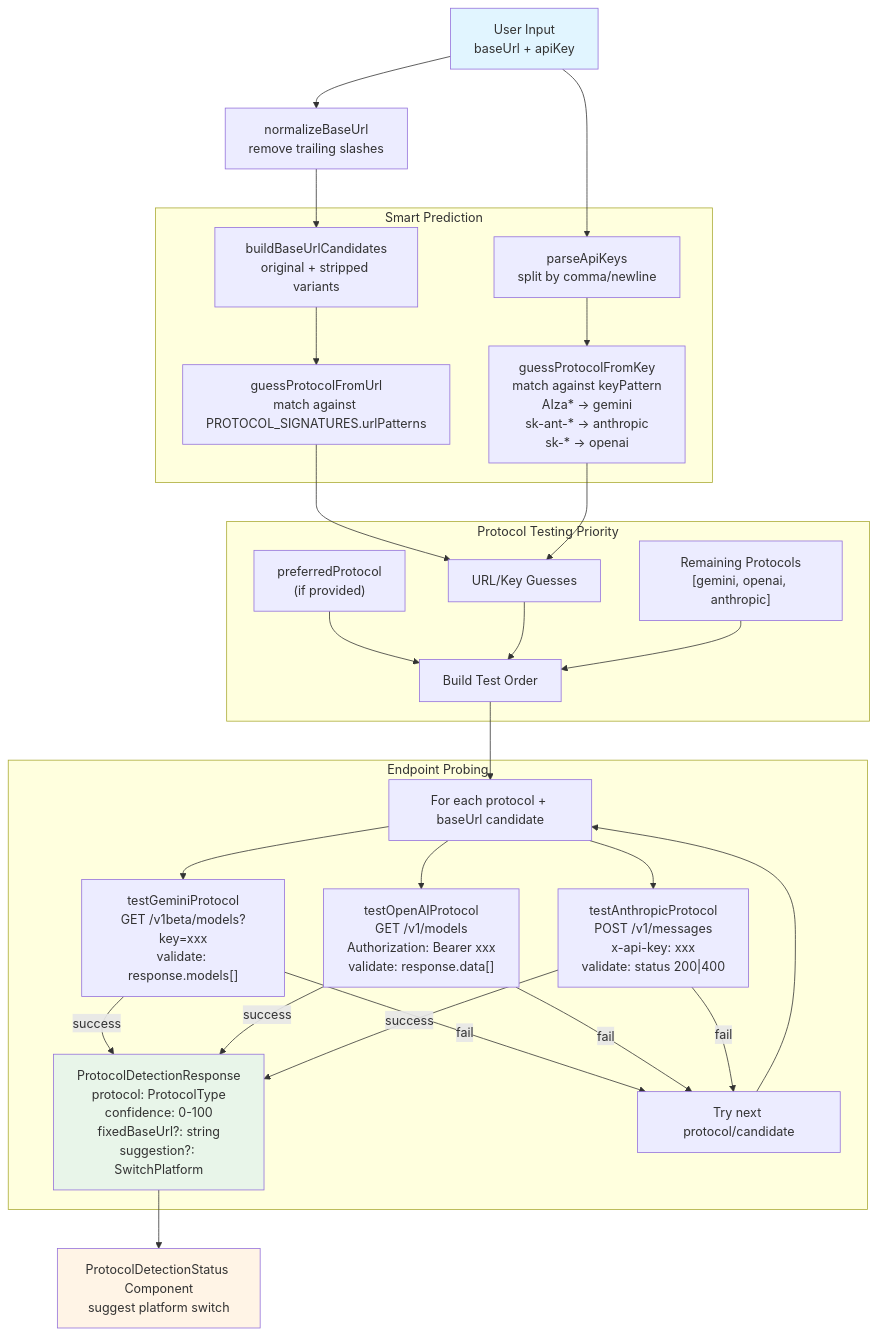
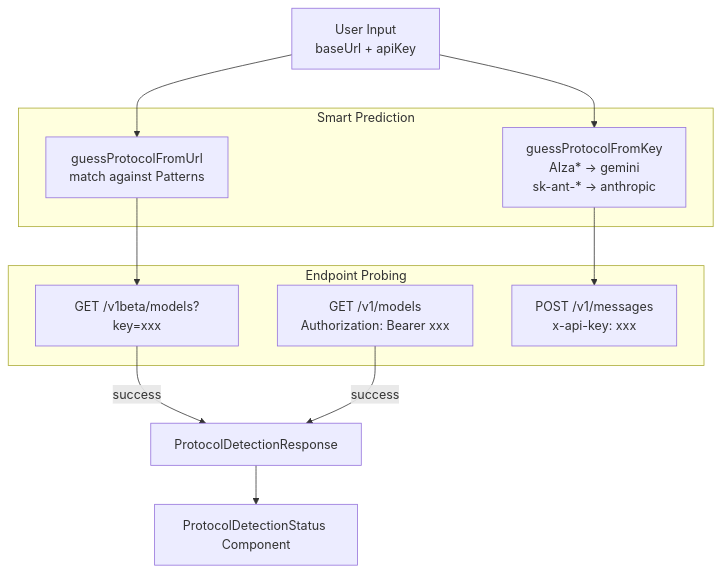
The second of 2 diagrams in docs/iOfficeAI_AionUi/ai-agent-systems/model-configuration-and-api-management.md (blackcater/zentree), drawn with Mermaid before and after one commit. The commit also changed other lines of this file and 232 other files, not shown here.

````diff
--- a/docs/iOfficeAI_AionUi/ai-agent-systems/model-configuration-and-api-management.md
+++ b/docs/iOfficeAI_AionUi/ai-agent-systems/model-configuration-and-api-management.md
@@ -240,59 +172,26 @@
 ```mermaid
 graph TB
     INPUT["User Input<br/>baseUrl + apiKey"]
-
-    NORMALIZE["normalizeBaseUrl<br/>remove trailing slashes"]
-    BUILD_CANDIDATES["buildBaseUrlCandidates<br/>original + stripped variants"]
-    PARSE_KEYS["parseApiKeys<br/>split by comma/newline"]
-
-    INPUT --> NORMALIZE
-    NORMALIZE --> BUILD_CANDIDATES
-    INPUT --> PARSE_KEYS
-
+    
     subgraph "Smart Prediction"
-        URL_GUESS["guessProtocolFromUrl<br/>match against PROTOCOL_SIGNATURES.urlPatterns"]
-        KEY_GUESS["guessProtocolFromKey<br/>match against keyPattern<br/>AIza* → gemini<br/>sk-ant-* → anthropic<br/>sk-* → openai"]
-
-        BUILD_CANDIDATES --> URL_GUESS
-        PARSE_KEYS --> KEY_GUESS
+        URL_GUESS["guessProtocolFromUrl<br/>match against Patterns"]
+        KEY_GUESS["guessProtocolFromKey<br/>AIza* → gemini<br/>sk-ant-* → anthropic"]
     end
-
-    subgraph "Protocol Testing Priority"
-        PREFERRED["preferredProtocol<br/>(if provided)"]
-        GUESSED["URL/Key Guesses"]
-        REMAINING["Remaining Protocols<br/>[gemini, openai, anthropic]"]
-
-        URL_GUESS --> GUESSED
-        KEY_GUESS --> GUESSED
-
-        PREFERRED --> TEST_ORDER["Build Test Order"]
-        GUESSED --> TEST_ORDER
-        REMAINING --> TEST_ORDER
+    
+    subgraph "Endpoint Probing"
+        GEMINI_TEST["GET /v1beta/models?key=xxx"]
+        OPENAI_TEST["GET /v1/models<br/>Authorization: Bearer xxx"]
+        ANTHROPIC_TEST["POST /v1/messages<br/>x-api-key: xxx"]
     end
-
-    subgraph "Endpoint Probing"
-        TEST_ORDER --> PROBE_LOOP["For each protocol + baseUrl candidate"]
-
-        PROBE_LOOP --> GEMINI_TEST["testGeminiProtocol<br/>GET /v1beta/models?key=xxx<br/>validate: response.models[]"]
-        PROBE_LOOP --> OPENAI_TEST["testOpenAIProtocol<br/>GET /v1/models<br/>Authorization: Bearer xxx<br/>validate: response.data[]"]
-        PROBE_LOOP --> ANTHROPIC_TEST["testAnthropicProtocol<br/>POST /v1/messages<br/>x-api-key: xxx<br/>validate: status 200|400"]
-
-        GEMINI_TEST -->|success| RESULT
-        OPENAI_TEST -->|success| RESULT
-        ANTHROPIC_TEST -->|success| RESULT
-
-        GEMINI_TEST -->|fail| NEXT["Try next protocol/candidate"]
-        OPENAI_TEST -->|fail| NEXT
-        ANTHROPIC_TEST -->|fail| NEXT
-
-        NEXT --> PROBE_LOOP
-    end
-
-    RESULT["ProtocolDetectionResponse<br/>protocol: ProtocolType<br/>confidence: 0-100<br/>fixedBaseUrl?: string<br/>suggestion?: SwitchPlatform"]
-
-    RESULT --> UI_SUGGEST["ProtocolDetectionStatus Component<br/>suggest platform switch"]
-
-    style INPUT fill:#e1f5ff
-    style RESULT fill:#e8f5e9
-    style UI_SUGGEST fill:#fff4e6
+    
+    INPUT --> URL_GUESS
+    INPUT --> KEY_GUESS
+    
+    URL_GUESS --> GEMINI_TEST
+    KEY_GUESS --> ANTHROPIC_TEST
+    
+    GEMINI_TEST -->|success| RESULT["ProtocolDetectionResponse"]
+    OPENAI_TEST -->|success| RESULT
+    
+    RESULT --> UI["ProtocolDetectionStatus Component"]
 ```
````
